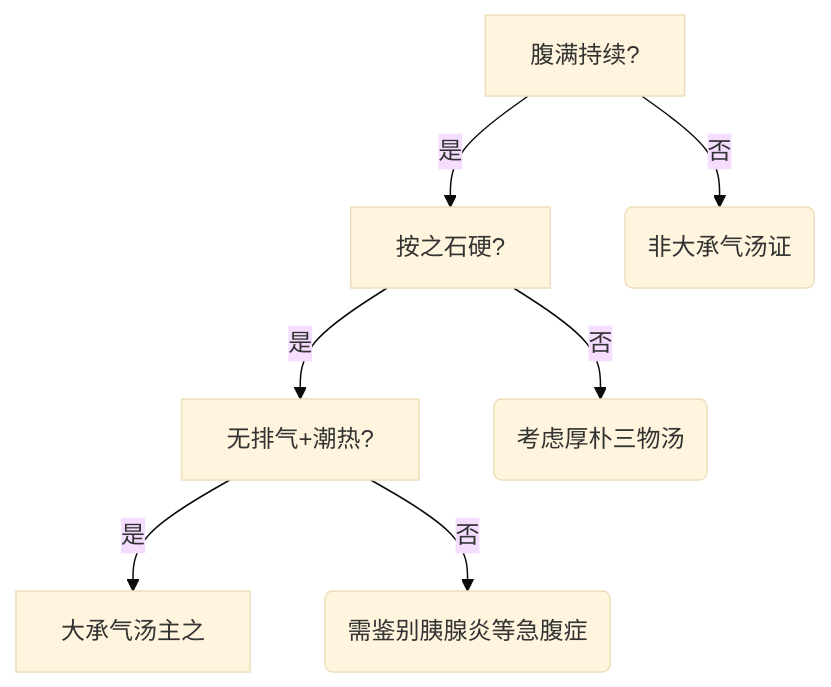
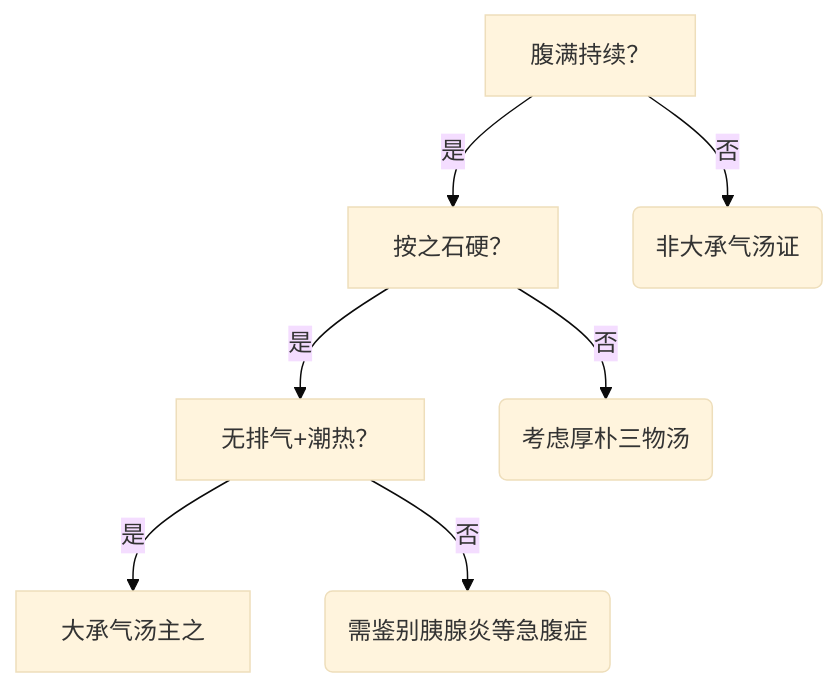
Before and after one commit to acuherb/acuherb.github.io: the first of 6 diagrams in posts/jingui-10/index.md, drawn with Mermaid (base theme). The commit also changed 697 other files, not shown here.

````diff
--- a/posts/jingui-10/index.md
+++ b/posts/jingui-10/index.md
@@ -662,9 +662,9 @@
 ```mermaid
 graph TD
-    A[腹满持续?] -->|是| B[按之石硬?]
+    A[腹满持续？] -->|是| B[按之石硬？]
     A -->|否| C(非大承气汤证)
-    B -->|是| D[无排气+潮热?]
+    B -->|是| D[无排气+潮热？]
     B -->|否| E(考虑厚朴三物汤)
     D -->|是| F[大承气汤主之]
     D -->|否| G(需鉴别胰腺炎等急腹症)
 ```
````
